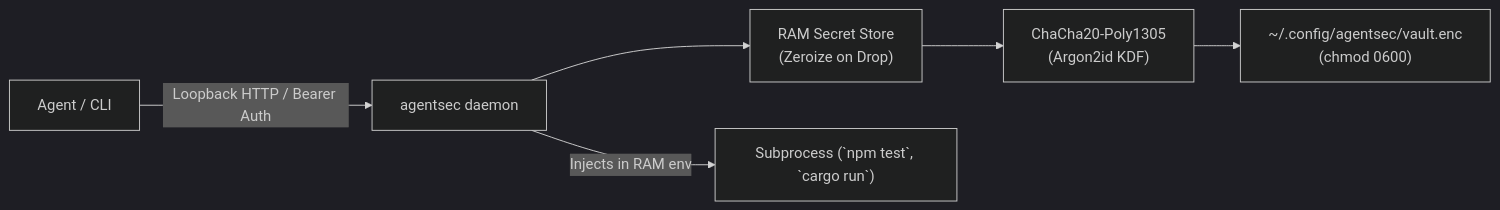
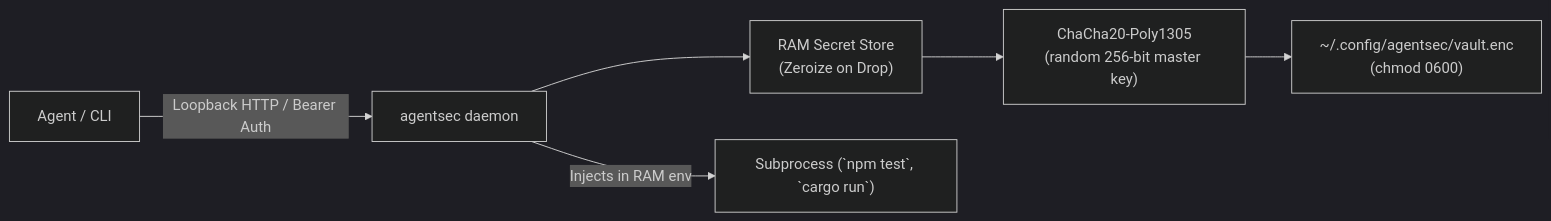
Before and after one commit to dkarapetyan-afk/agentsec: the diagram in README.md, drawn with Mermaid (dark theme). The commit also changed other lines of this file and 2 other files, not shown here.

````diff
--- a/README.md
+++ b/README.md
@@ -177,8 +314,8 @@
 ```mermaid
 flowchart LR
     A["Agent / CLI"] -->|"Loopback HTTP / Bearer Auth"| D["agentsec daemon"]
     D --> S["RAM Secret Store\n(Zeroize on Drop)"]
-    S --> C["ChaCha20-Poly1305\n(Argon2id KDF)"]
+    S --> C["ChaCha20-Poly1305\n(random 256-bit master key)"]
     C --> F["~/.config/agentsec/vault.enc\n(chmod 0600)"]
     D -->|"Injects in RAM env"| P["Subprocess (`npm test`, `cargo run`)"]
 ```
````
